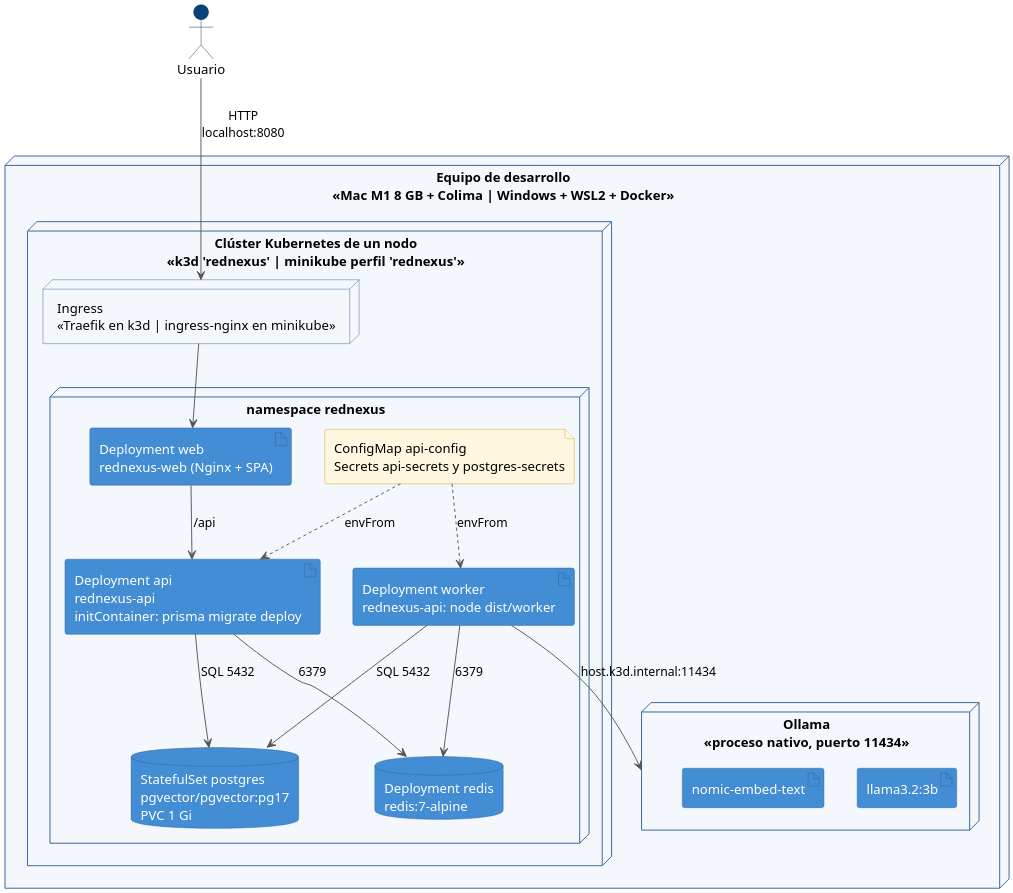
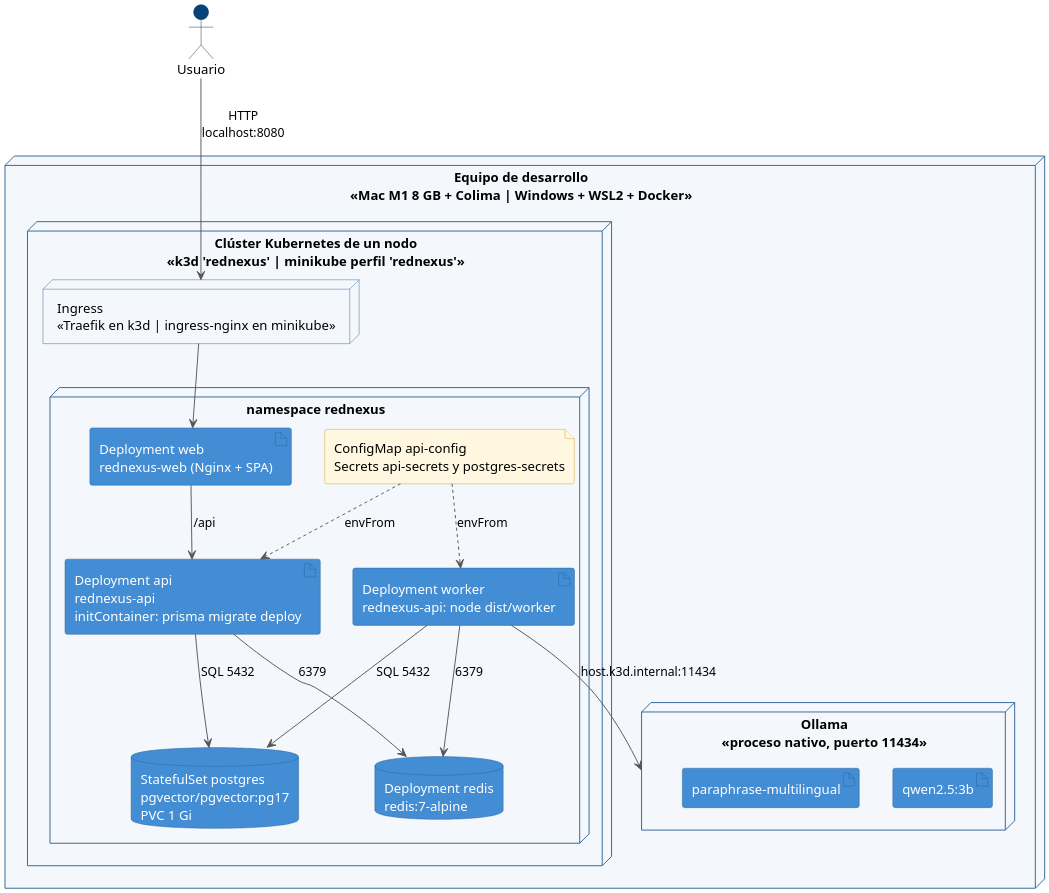
The diagram in docs/arquitectura/diagramas/04-despliegue-local.puml (juanjosegl/RedNexus-Platform), drawn with PlantUML before and after one commit. The commit also changed 19 other files, not shown here.

```diff
--- a/docs/arquitectura/diagramas/04-despliegue-local.puml
+++ b/docs/arquitectura/diagramas/04-despliegue-local.puml
@@ -1,62 +1,62 @@
 @startuml 04-despliegue-local
 ' Vista física (4+1): lo que levanta scripts/k8s-up.sh [k3d|minikube]
 skinparam dpi 200
 skinparam defaultFontName "Helvetica"
 skinparam shadowing false
 skinparam LegendBackgroundColor #ffffff
 skinparam LegendBorderColor #999999
 skinparam ArrowColor #555555
 skinparam actor {
   BackgroundColor #08427b
   BorderColor #052e56
 }
 skinparam node {
   BackgroundColor #f4f8fc
   BorderColor #2e6295
 }
 skinparam artifact {
   BackgroundColor #438dd5
   FontColor white
   BorderColor #2e6295
 }
 skinparam database {
   BackgroundColor #438dd5
   FontColor white
   BorderColor #2e6295
 }
 skinparam file {
   BackgroundColor #fff7e0
   BorderColor #c9a227
 }
 
 actor "Usuario" as user
 
 node "Equipo de desarrollo\n<<Mac M1 8 GB + Colima | Windows + WSL2 + Docker>>" as host {
   node "Ollama\n<<proceso nativo, puerto 11434>>" as ollama {
-    artifact "llama3.2:3b" as llm
-    artifact "nomic-embed-text" as emb
+    artifact "qwen2.5:3b" as llm
+    artifact "paraphrase-multilingual" as emb
   }
   node "Clúster Kubernetes de un nodo\n<<k3d 'rednexus' | minikube perfil 'rednexus'>>" as k8s {
     node "Ingress\n<<Traefik en k3d | ingress-nginx en minikube>>" as ing
     node "namespace rednexus" as ns {
       artifact "Deployment web\nrednexus-web (Nginx + SPA)" as web
       artifact "Deployment api\nrednexus-api\ninitContainer: prisma migrate deploy" as api
       artifact "Deployment worker\nrednexus-api: node dist/worker" as worker
       database "StatefulSet postgres\npgvector/pgvector:pg17\nPVC 1 Gi" as pg
       database "Deployment redis\nredis:7-alpine" as redis
       file "ConfigMap api-config\nSecrets api-secrets y postgres-secrets" as cfg
     }
   }
 }
 
 user --> ing : HTTP\nlocalhost:8080
 ing --> web
 web --> api : /api
 api --> pg : SQL 5432
 api --> redis : 6379
 worker --> redis : 6379
 worker --> pg : SQL 5432
 worker --> ollama : host.k3d.internal:11434
 cfg ..> api : envFrom
 cfg ..> worker : envFrom
 @enduml
```
